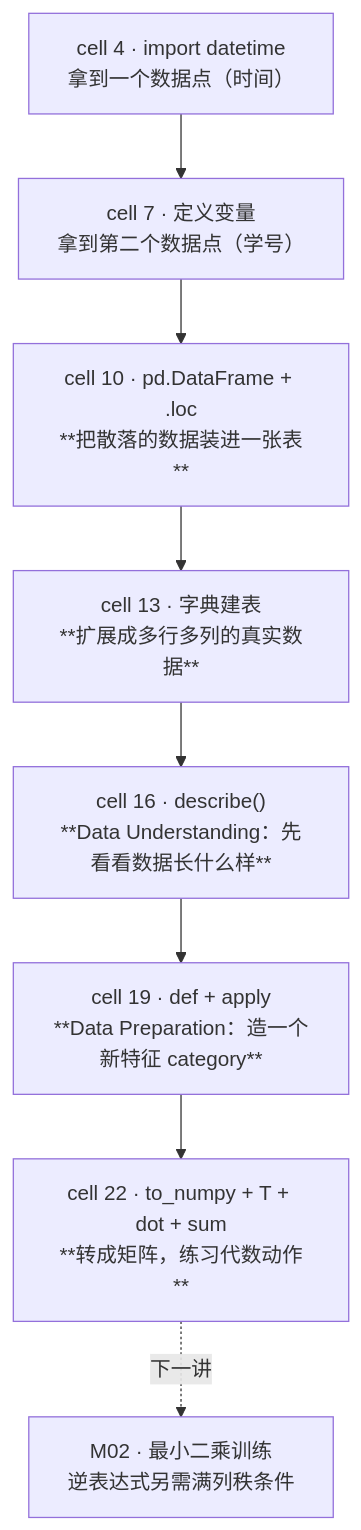
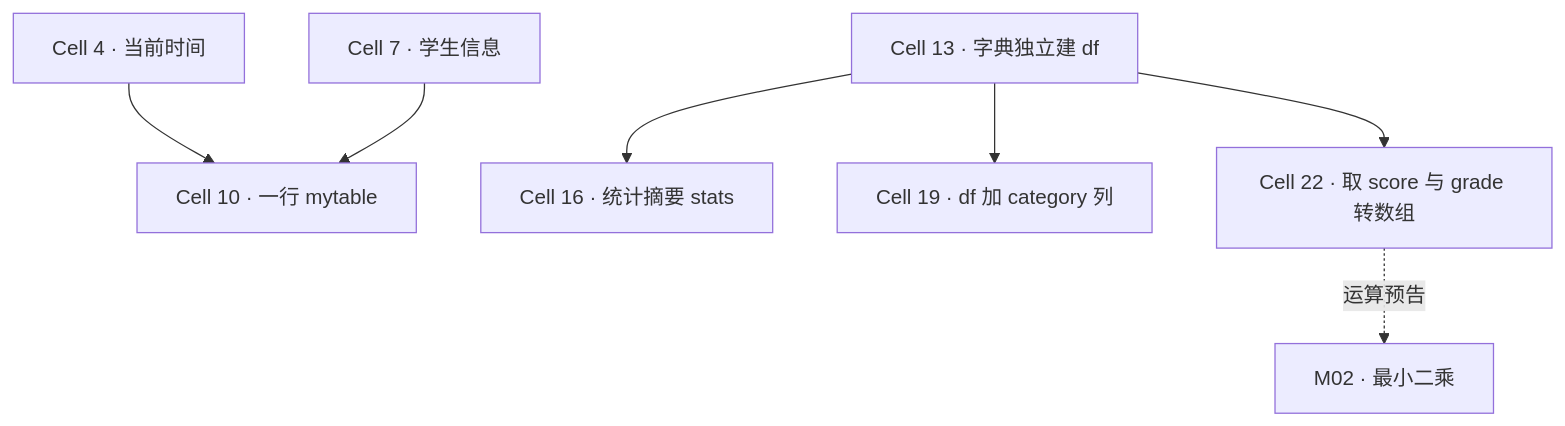
One commit to CercaTrovato/cityu-ai-course-notes changed the ninth of 10 diagrams in IS6400_Business_Data_Analytics/notes/T01-Jupyter入门与Pandas基础.md. Above: the diagram before and after it, drawn with Mermaid. The commit also changed other lines of this file and 2300 other files, not shown here.

First line of the commit message:
完善五课程逐页学习笔记、课件原图与修补规范

````diff
--- a/IS6400_Business_Data_Analytics/notes/T01-Jupyter入门与Pandas基础.md
+++ b/IS6400_Business_Data_Analytics/notes/T01-Jupyter入门与Pandas基础.md
@@ -1204,10 +1194,10 @@
 ```mermaid
 flowchart TD
-    A["cell 4 · import datetime<br/>拿到一个数据点（时间）"] --> B["cell 7 · 定义变量<br/>拿到第二个数据点（学号）"]
-    B --> C["cell 10 · pd.DataFrame + .loc<br/>**把散落的数据装进一张表**"]
-    C --> D["cell 13 · 字典建表<br/>**扩展成多行多列的真实数据**"]
-    D --> E["cell 16 · describe()<br/>**Data Understanding：先看看数据长什么样**"]
-    E --> F["cell 19 · def + apply<br/>**Data Preparation：造一个新特征 category**"]
-    F --> G["cell 22 · to_numpy + T + dot + sum<br/>**转成矩阵，练习代数动作**"]
-    G -.->|"下一讲"| H["M02 · 最小二乘训练<br/>逆表达式另需满列秩条件"]
+    A["Cell 4 · 当前时间"] --> C["Cell 10 · 一行 mytable"]
+    B["Cell 7 · 学生信息"] --> C
+    D["Cell 13 · 字典独立建 df"] --> E["Cell 16 · 统计摘要 stats"]
+    D --> F["Cell 19 · df 加 category 列"]
+    D --> G["Cell 22 · 取 score 与 grade 转数组"]
+    G -.->|"运算预告"| H["M02 · 最小二乘"]
+
 ```
````
